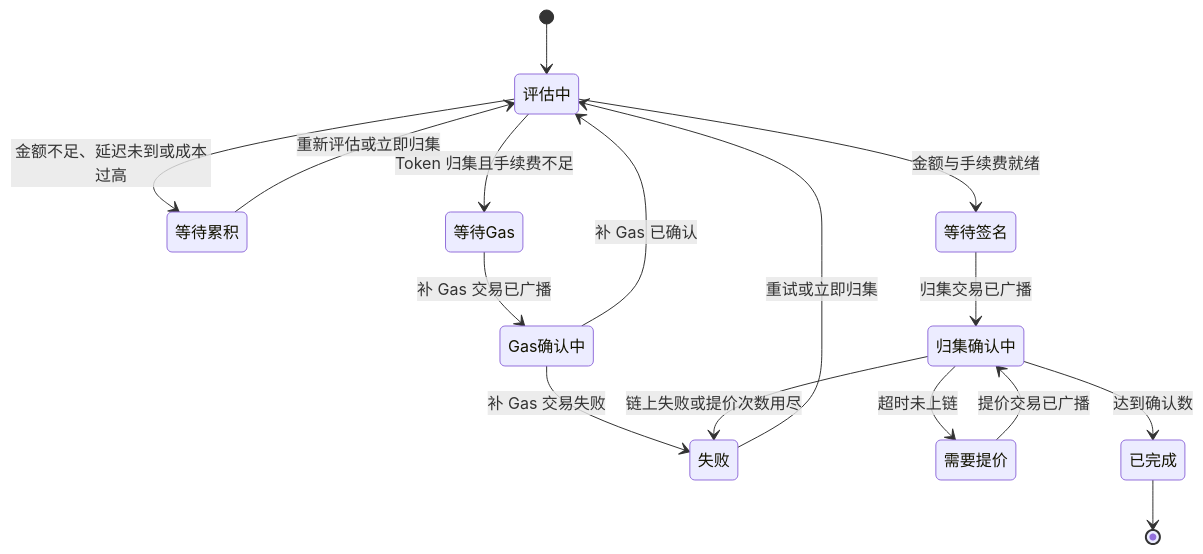
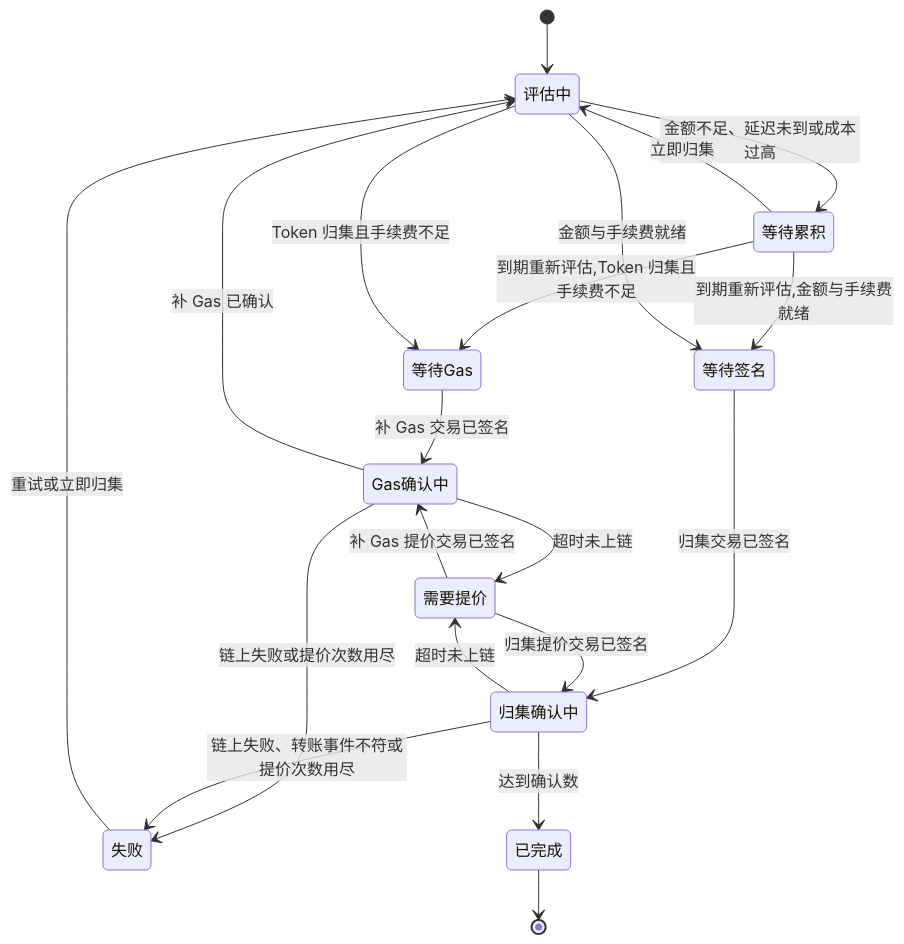
The diagram in M5-财务管理/5.17-链上资产归集/README.md (bingo-lab-1/bingo-figma), drawn with Mermaid before and after one commit. The commit also changed other lines of this file and 50 other files, not shown here.

````diff
--- a/M5-财务管理/5.17-链上资产归集/README.md
+++ b/M5-财务管理/5.17-链上资产归集/README.md
@@ -107,18 +107,22 @@
 ```mermaid
 stateDiagram-v2
     [*] --> 评估中
     评估中 --> 等待累积: 金额不足、延迟未到或成本过高
-    等待累积 --> 评估中: 重新评估或立即归集
+    等待累积 --> 评估中: 立即归集
+    等待累积 --> 等待Gas: 到期重新评估,Token 归集且手续费不足
+    等待累积 --> 等待签名: 到期重新评估,金额与手续费就绪
     评估中 --> 等待Gas: Token 归集且手续费不足
-    等待Gas --> Gas确认中: 补 Gas 交易已广播
+    等待Gas --> Gas确认中: 补 Gas 交易已签名
     Gas确认中 --> 评估中: 补 Gas 已确认
-    Gas确认中 --> 失败: 补 Gas 交易失败
+    Gas确认中 --> 需要提价: 超时未上链
+    需要提价 --> Gas确认中: 补 Gas 提价交易已签名
+    Gas确认中 --> 失败: 链上失败或提价次数用尽
     评估中 --> 等待签名: 金额与手续费就绪
-    等待签名 --> 归集确认中: 归集交易已广播
+    等待签名 --> 归集确认中: 归集交易已签名
     归集确认中 --> 需要提价: 超时未上链
-    需要提价 --> 归集确认中: 提价交易已广播
+    需要提价 --> 归集确认中: 归集提价交易已签名
     归集确认中 --> 已完成: 达到确认数
-    归集确认中 --> 失败: 链上失败或提价次数用尽
+    归集确认中 --> 失败: 链上失败、转账事件不符或提价次数用尽
     失败 --> 评估中: 重试或立即归集
     已完成 --> [*]
 ```
````
